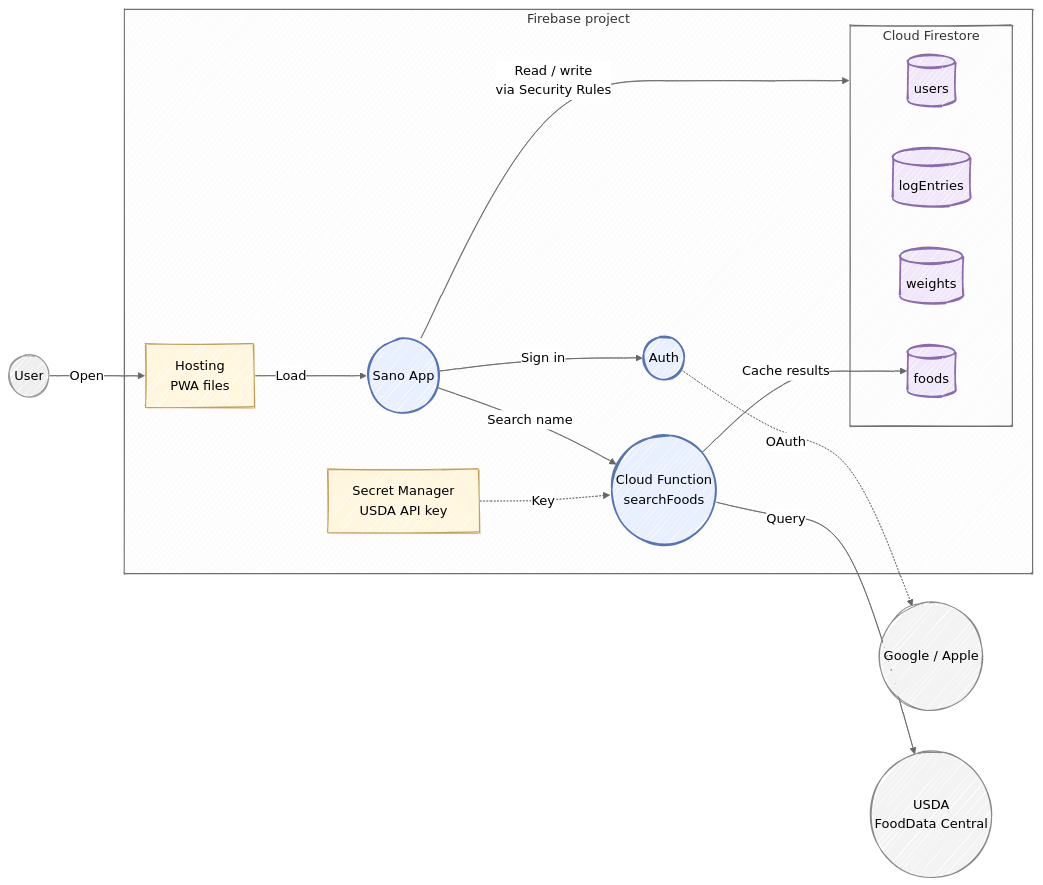
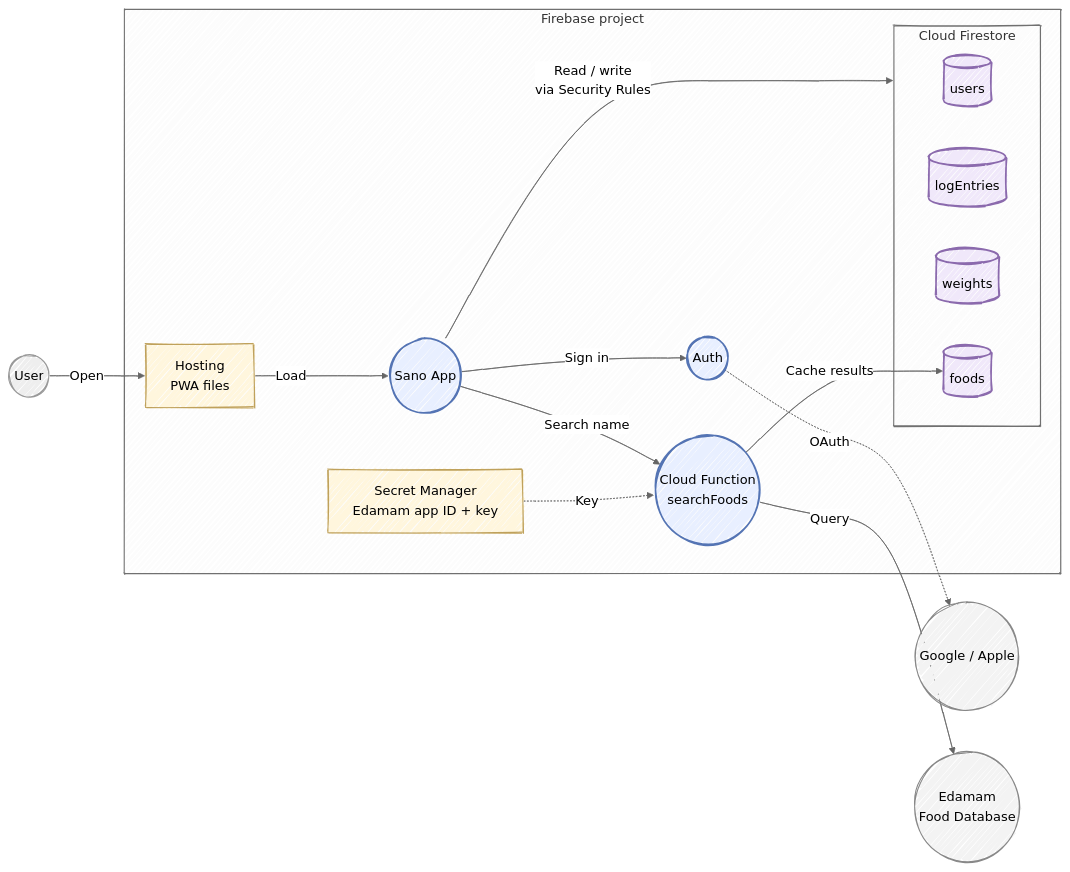
One commit to ai-rayven/wellness-ai changed the first of 4 diagrams in docs/mvp.md. Above: the diagram before and after it, drawn with Mermaid. The commit also changed other lines of this file, not shown here.

First line of the commit message:
Switch food search from USDA to Edamam Basic

````diff
--- a/docs/mvp.md
+++ b/docs/mvp.md
@@ -25,44 +25,44 @@
 ```mermaid
 ---
 config:
   look: handDrawn
   theme: neutral
 ---
 flowchart LR
     user(("User"))
     social(("Google / Apple"))
-    usda(("USDA<br/>FoodData Central"))
+    edamam(("Edamam<br/>Food Database"))
 
     subgraph fb["Firebase project"]
         hosting["Hosting<br/>PWA files"]
         app(("Sano App"))
         auth(("Auth"))
         fn(("Cloud Function<br/>searchFoods"))
-        secret["Secret Manager<br/>USDA API key"]
+        secret["Secret Manager<br/>Edamam app ID + key"]
         subgraph fs["Cloud Firestore"]
             users[("users")]
             logs[("logEntries")]
             weights[("weights")]
             foods[("foods")]
         end
     end
 
     user -->|"Open"| hosting
     hosting -->|"Load"| app
     app -->|"Sign in"| auth
     auth -.->|"OAuth"| social
     app -->|"Read / write<br/>via Security Rules"| fs
     app -->|"Search name"| fn
     secret -.->|"Key"| fn
-    fn -->|"Query"| usda
+    fn -->|"Query"| edamam
     fn -->|"Cache results"| foods
 
     classDef service fill:#e8efff,stroke:#5474b4,stroke-width:2px
     classDef store fill:#f0e8fa,stroke:#8b6aad,stroke-width:2px
     classDef artifact fill:#fff6dd,stroke:#bfa15b
     classDef external fill:#f3f3f3,stroke:#888
     class app,auth,fn service
     class users,foods,logs,weights store
     class hosting,secret artifact
-    class social,usda external
+    class social,edamam external
 ```
````
